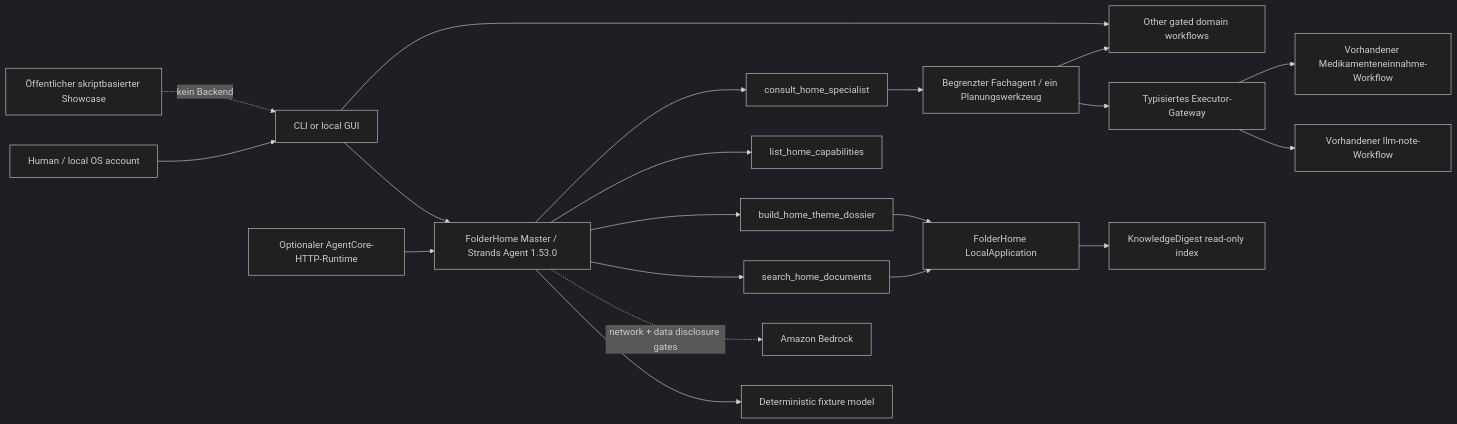
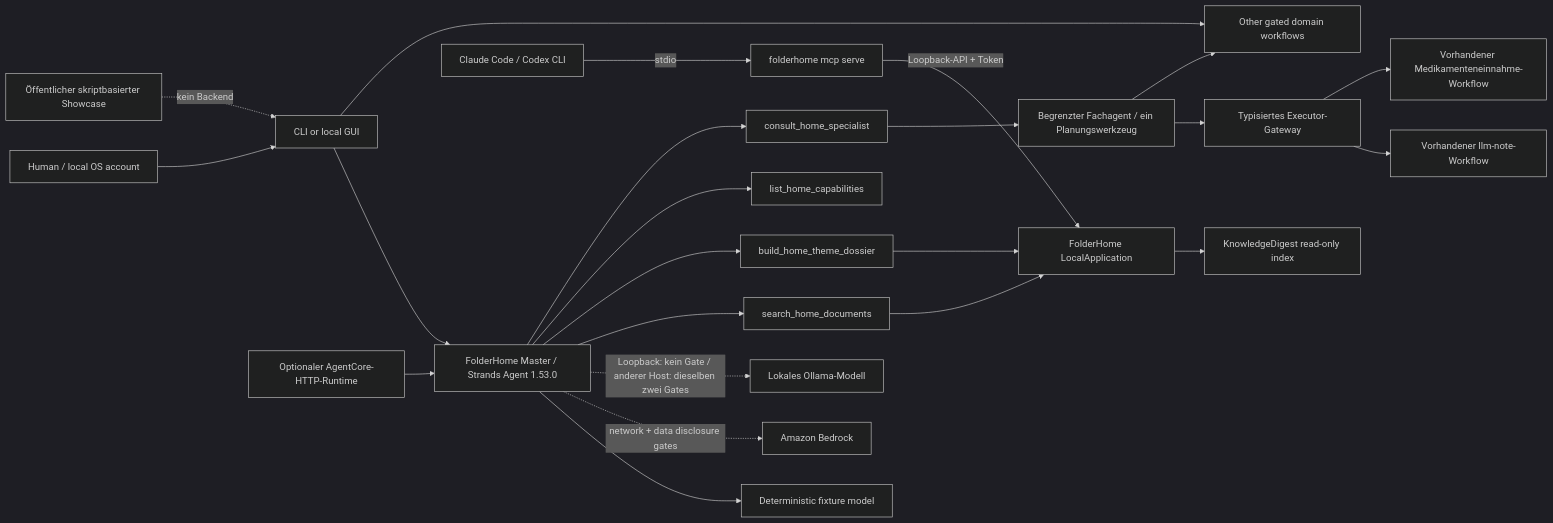
The diagram in README.de.md (ellmos-ai/FolderHome), drawn with Mermaid (dark theme) before and after one commit. The commit also changed other lines of this file and 7 other files, not shown here.

````diff
--- a/README.de.md
+++ b/README.de.md
@@ -100,22 +100,25 @@
 ```mermaid
 flowchart LR
   H[Human / local OS account] --> UI[CLI or local GUI]
   UI --> A[FolderHome Master / Strands Agent 1.53.0]
   PUB[Öffentlicher skriptbasierter Showcase] -. kein Backend .-> UI
   AC[Optionaler AgentCore-HTTP-Runtime] --> A
   A --> F[Deterministic fixture model]
   A -. network + data disclosure gates .-> B[Amazon Bedrock]
+  A -. Loopback: kein Gate / anderer Host: dieselben zwei Gates .-> O[Lokales Ollama-Modell]
   A --> S[search_home_documents]
   A --> D[build_home_theme_dossier]
   A --> C[list_home_capabilities]
   A --> X[consult_home_specialist]
   X --> P[Begrenzter Fachagent / ein Planungswerkzeug]
   P --> E[Typisiertes Executor-Gateway]
   E --> N[Vorhandener llm-note-Workflow]
   E --> M[Vorhandener Medikamenteneinnahme-Workflow]
   S --> L[FolderHome LocalApplication]
   D --> L
   L --> K[KnowledgeDigest read-only index]
+  MCP[Claude Code / Codex CLI] -- stdio --> PX[folderhome mcp serve]
+  PX -- Loopback-API + Token --> L
   UI --> W[Other gated domain workflows]
   P --> W
 ```
````
